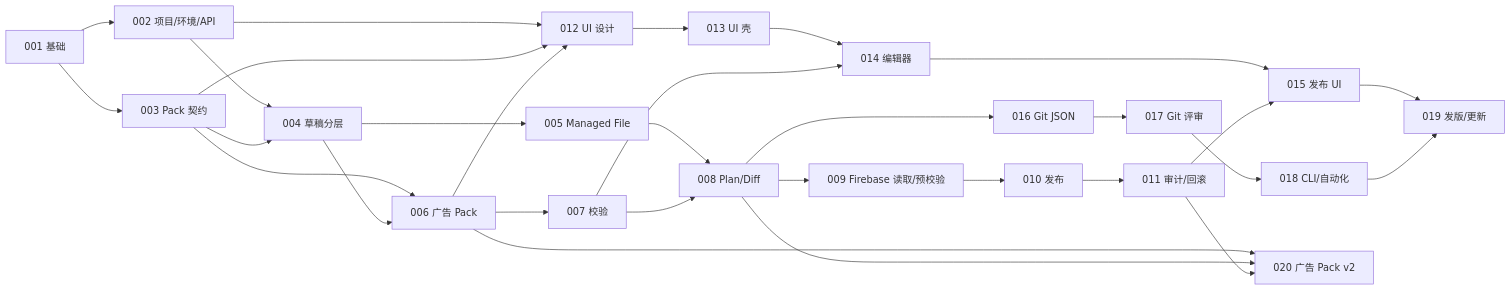
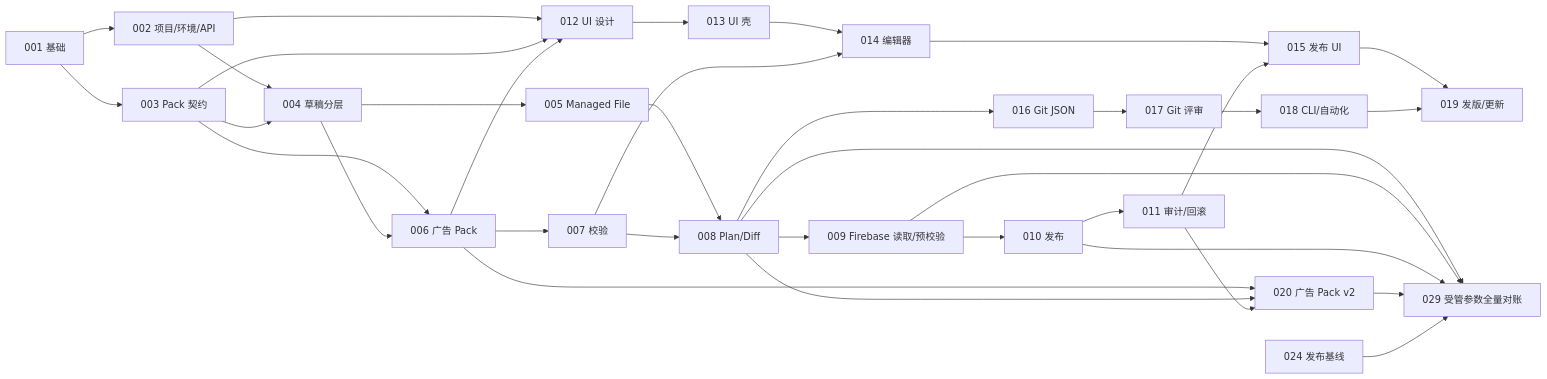
One commit to ConteMan/conflow changed the diagram in docs/specs/README.md. Above: the diagram before and after it, drawn with Mermaid. The commit also changed other lines of this file and 19 other files, not shown here.

````diff
--- a/docs/specs/README.md
+++ b/docs/specs/README.md
@@ -42,32 +43,37 @@
 ```mermaid
 flowchart LR
   S001["001 基础"] --> S002["002 项目/环境/API"]
   S001 --> S003["003 Pack 契约"]
   S002 --> S004["004 草稿分层"]
   S003 --> S004
   S004 --> S005["005 Managed File"]
   S003 --> S006["006 广告 Pack"]
   S004 --> S006
   S006 --> S007["007 校验"]
   S005 --> S008["008 Plan/Diff"]
   S007 --> S008
   S008 --> S009["009 Firebase 读取/预校验"]
   S009 --> S010["010 发布"]
   S010 --> S011["011 审计/回滚"]
   S002 --> S012["012 UI 设计"]
   S003 --> S012
   S006 --> S012
   S012 --> S013["013 UI 壳"]
   S013 --> S014["014 编辑器"]
   S007 --> S014
   S014 --> S015["015 发布 UI"]
   S011 --> S015
   S008 --> S016["016 Git JSON"]
   S016 --> S017["017 Git 评审"]
   S017 --> S018["018 CLI/自动化"]
   S015 --> S019["019 发版/更新"]
   S018 --> S019
   S006 --> S020["020 广告 Pack v2"]
   S008 --> S020
   S011 --> S020
+  S008 --> S029["029 受管参数全量对账"]
+  S009 --> S029
+  S010 --> S029
+  S020 --> S029
+  S024["024 发布基线"] --> S029
 ```
````
